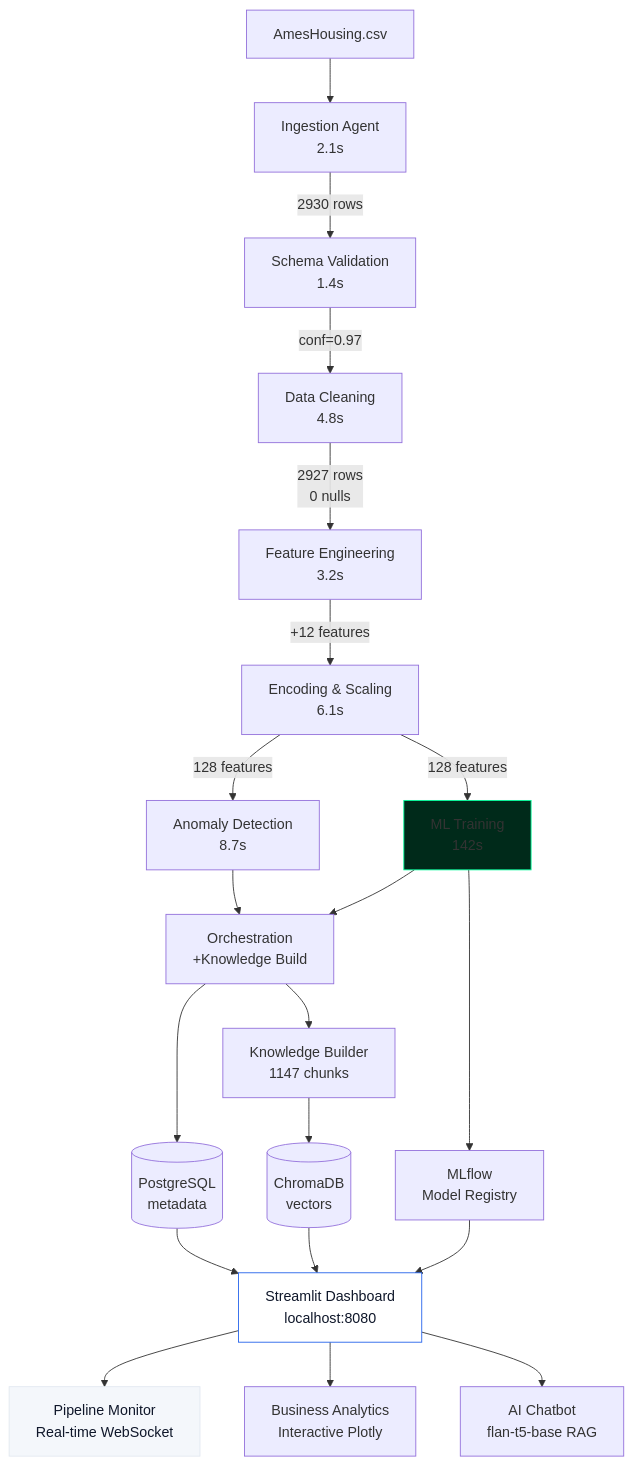
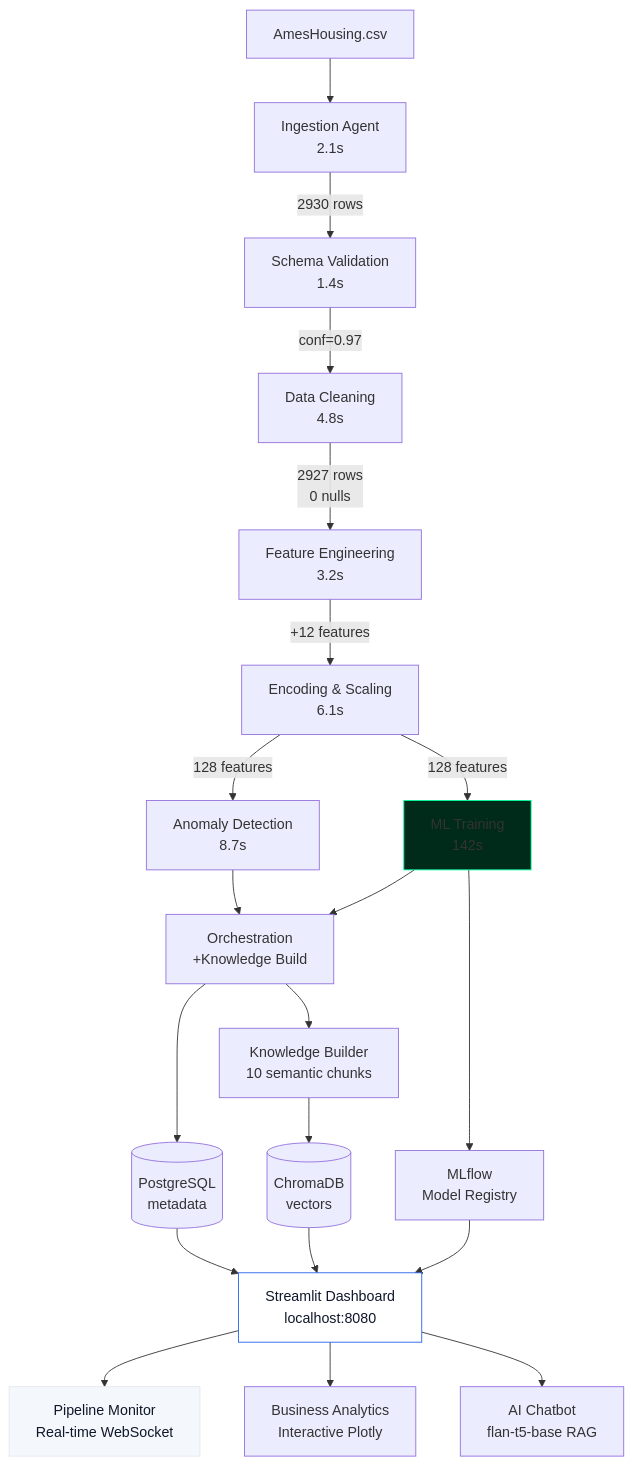
One commit to iammohith/Ames-Housing-Intelligent-Platform changed the diagram in README.md. Above: the diagram before and after it, drawn with Mermaid. The commit also changed other lines of this file, not shown here.

````diff
--- a/README.md
+++ b/README.md
@@ -31,22 +31,22 @@
 ```mermaid
 flowchart TD
     CSV[AmesHousing.csv] --> A1[Ingestion Agent<br/>2.1s]
     A1 -->|2930 rows| A2[Schema Validation<br/>1.4s]
     A2 -->|conf=0.97| A3[Data Cleaning<br/>4.8s]
     A3 -->|2927 rows<br/>0 nulls| A4[Feature Engineering<br/>3.2s]
     A4 -->|+12 features| A5[Encoding & Scaling<br/>6.1s]
     A5 -->|128 features| A6[Anomaly Detection<br/>8.7s]
     A5 -->|128 features| A7[ML Training<br/>142s]
     A6 & A7 --> A8[Orchestration<br/>+Knowledge Build]
     A8 --> PG[(PostgreSQL<br/>metadata)]
     A7 --> MLF[MLflow<br/>Model Registry]
-    A8 --> KB[Knowledge Builder<br/>1147 chunks]
+    A8 --> KB[Knowledge Builder<br/>10 semantic chunks]
     KB --> CDB[(ChromaDB<br/>vectors)]
     PG & MLF & CDB --> DASH[Streamlit Dashboard<br/>localhost:8080]
     DASH --> P1[Pipeline Monitor<br/>Real-time WebSocket]
     DASH --> P2[Business Analytics<br/>Interactive Plotly]
     DASH --> P3[AI Chatbot<br/>flan-t5-base RAG]
     style A7 fill:#002A1A,stroke:#00FF9C
     style DASH fill:#FFFFFF,stroke:#2563EB,color:#0F172A
     style P1 fill:#F4F7FB,stroke:#E2E8F0,color:#0F172A
 ```
````
